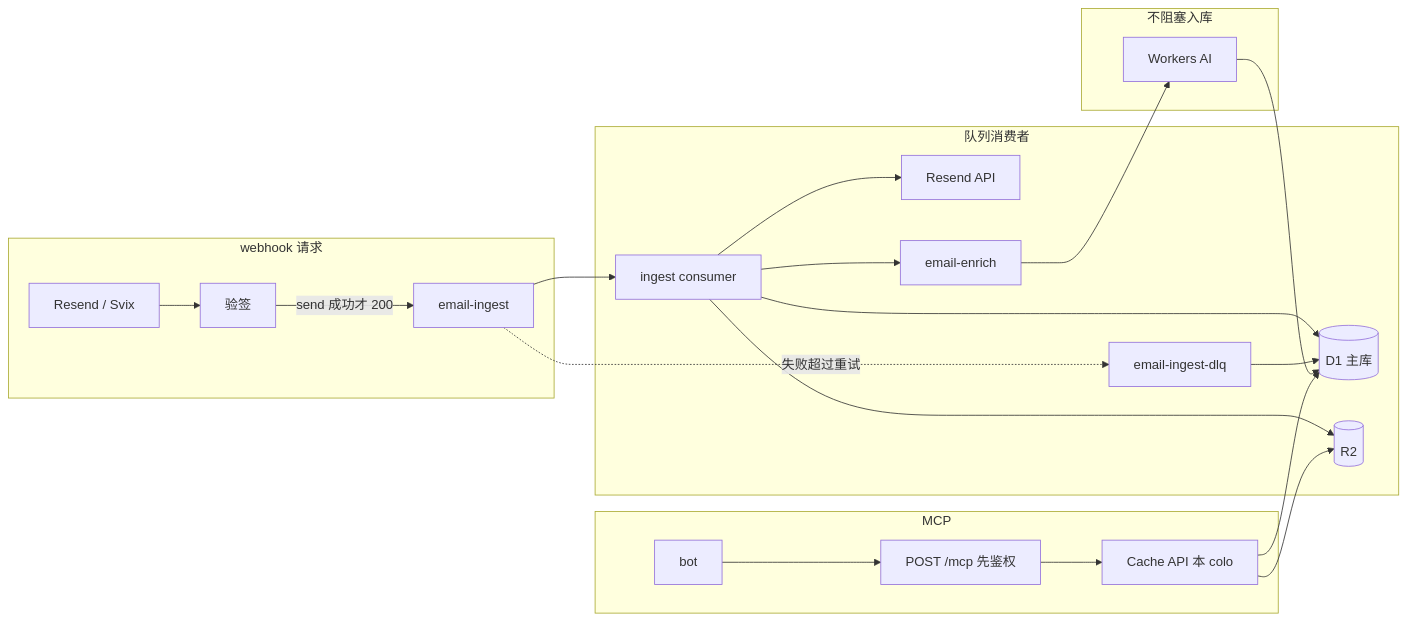
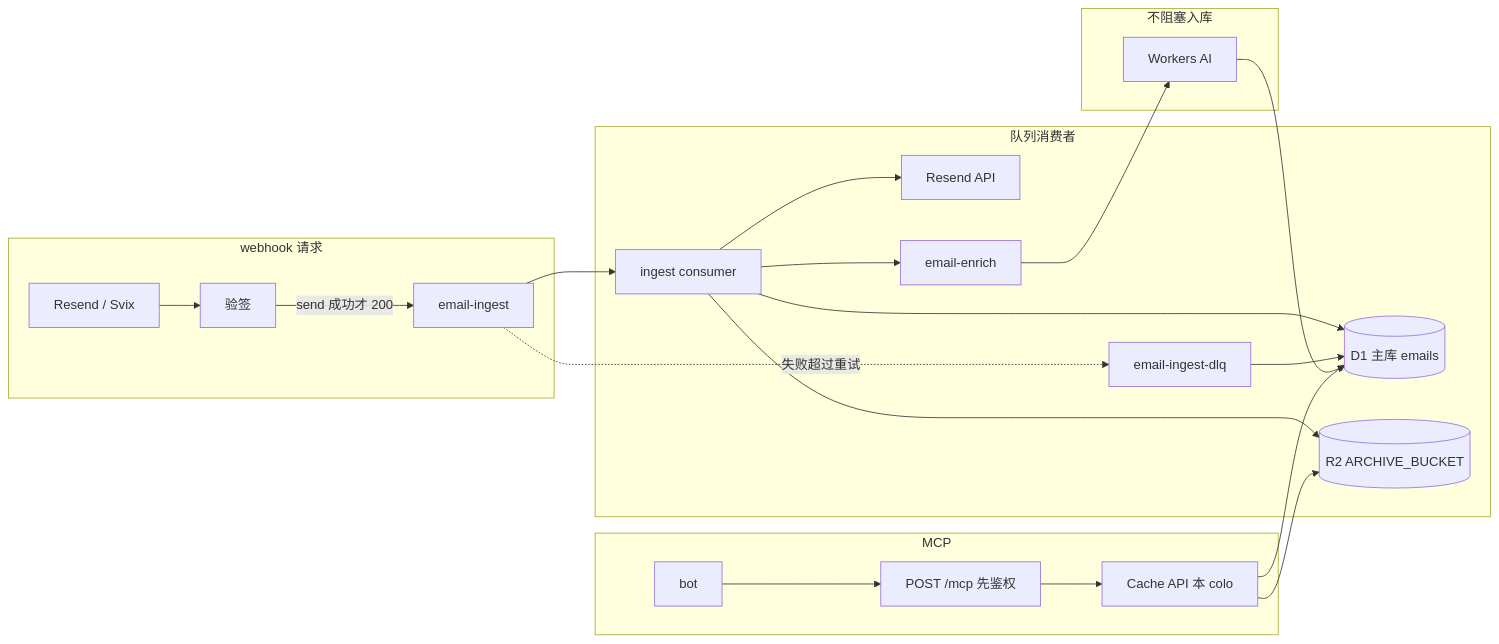
One commit to eric9n/abot-mail changed the diagram in docs/p1-cloudflare-max.md. Above: the diagram before and after it, drawn with Mermaid. The commit also changed other lines of this file, not shown here.

````diff
--- a/docs/p1-cloudflare-max.md
+++ b/docs/p1-cloudflare-max.md
@@ -22,26 +22,26 @@
 ```mermaid
 flowchart LR
   subgraph ingress [webhook 请求]
     R[Resend / Svix] --> W[验签]
     W -->|send 成功才 200| Q1[email-ingest]
   end
   subgraph ingest [队列消费者]
     Q1 --> C1[ingest consumer]
     C1 --> API[Resend API]
-    C1 --> D1[(D1 主库)]
-    C1 --> R2[(R2)]
+    C1 --> D1[(D1 主库 emails)]
+    C1 --> R2[(R2 ARCHIVE_BUCKET)]
     C1 --> Q2[email-enrich]
     Q1 -.失败超过重试.-> DLQ[email-ingest-dlq]
     DLQ --> D1
   end
   subgraph enrich [不阻塞入库]
     Q2 --> AI[Workers AI]
     AI --> D1
   end
   subgraph read [MCP]
     Bot[bot] --> M["POST /mcp 先鉴权"]
     M --> Cache[Cache API 本 colo]
     Cache --> D1
     Cache --> R2
   end
 ```
````
